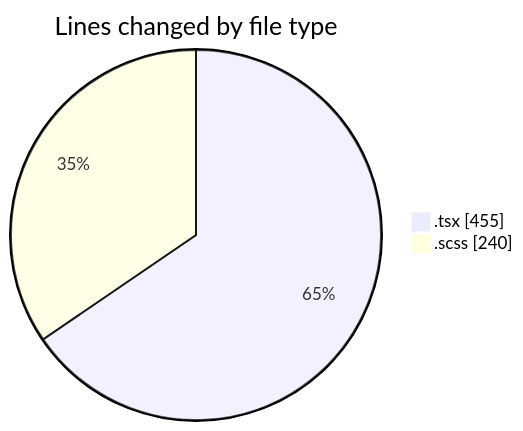
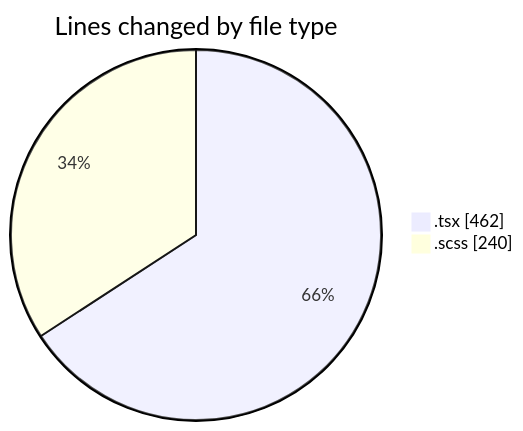
Before and after one commit to momahboobian/code-tracking: the first of 2 diagrams in 2026-06-17/cda/README.md, drawn with Mermaid. The commit also changed other lines of this file and 1 other file, not shown here.

````diff
--- a/2026-06-17/cda/README.md
+++ b/2026-06-17/cda/README.md
@@ -30,6 +30,6 @@
 ```mermaid
 pie showData
 title Lines changed by file type
-".tsx" : 455
+".tsx" : 462
 ".scss" : 240
 ```
````
